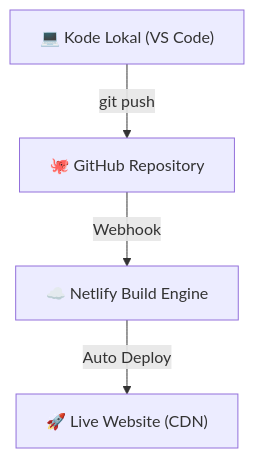
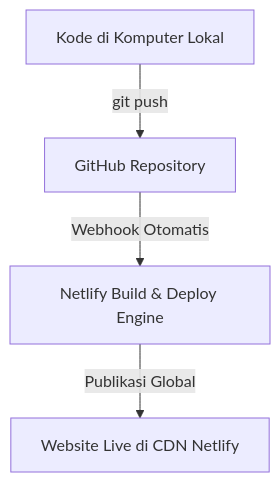
The second of 2 diagrams in deployment-material/materials/src/content/docs/modul-1/konsep-deployment.mdx (withered-flowers/materials-ise-2026), drawn with Mermaid before and after one commit. The commit also changed other lines of this file and 23 other files, not shown here.

````diff
--- a/deployment-material/materials/src/content/docs/modul-1/konsep-deployment.mdx
+++ b/deployment-material/materials/src/content/docs/modul-1/konsep-deployment.mdx
@@ -92,6 +90,6 @@
 ```mermaid
 graph TD
-    A["💻 Kode Lokal (VS Code)"] -- "git push" --> B["🐙 GitHub Repository"]
-    B -- "Webhook" --> C["☁️ Netlify Build Engine"]
-    C -- "Auto Deploy" --> D["🚀 Live Website (CDN)"]
+    A["Kode di Komputer Lokal"] -- "git push" --> B["GitHub Repository"]
+    B -- "Webhook Otomatis" --> C["Netlify Build & Deploy Engine"]
+    C -- "Publikasi Global" --> D["Website Live di CDN Netlify"]
 ```
````
